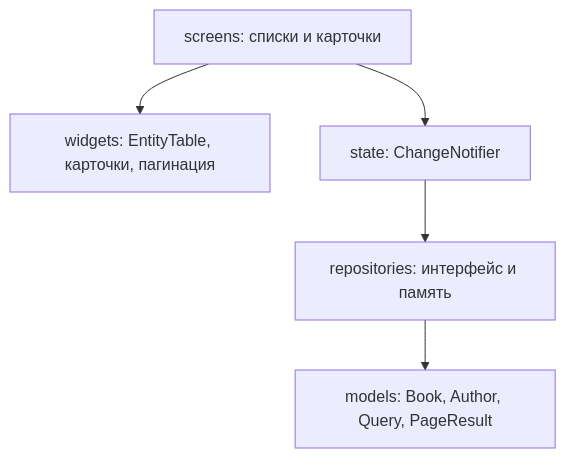
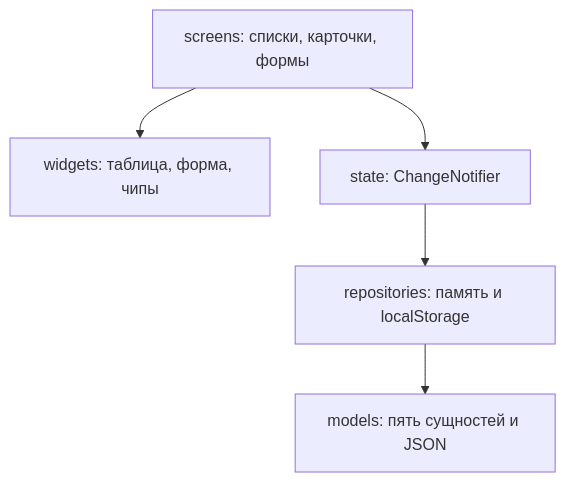
The diagram in README.md (Boxer518/library-api), drawn with Mermaid before and after one commit. The commit also changed other lines of this file and 47 other files, not shown here.

````diff
--- a/README.md
+++ b/README.md
@@ -50,12 +53,12 @@
 ```mermaid
 flowchart TD
-  screens["screens: списки и карточки"]
-  widgets["widgets: EntityTable, карточки, пагинация"]
+  screens["screens: списки, карточки, формы"]
+  widgets["widgets: таблица, форма, чипы"]
   state["state: ChangeNotifier"]
-  repos["repositories: интерфейс и память"]
-  models["models: Book, Author, Query, PageResult"]
+  repos["repositories: память и localStorage"]
+  models["models: пять сущностей и JSON"]
   screens --> widgets
   screens --> state
   state --> repos
   repos --> models
 ```
````
